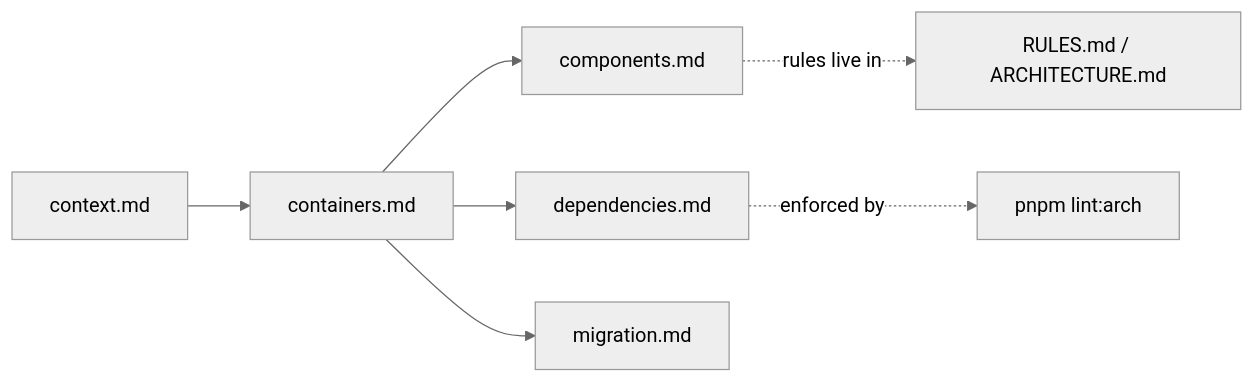
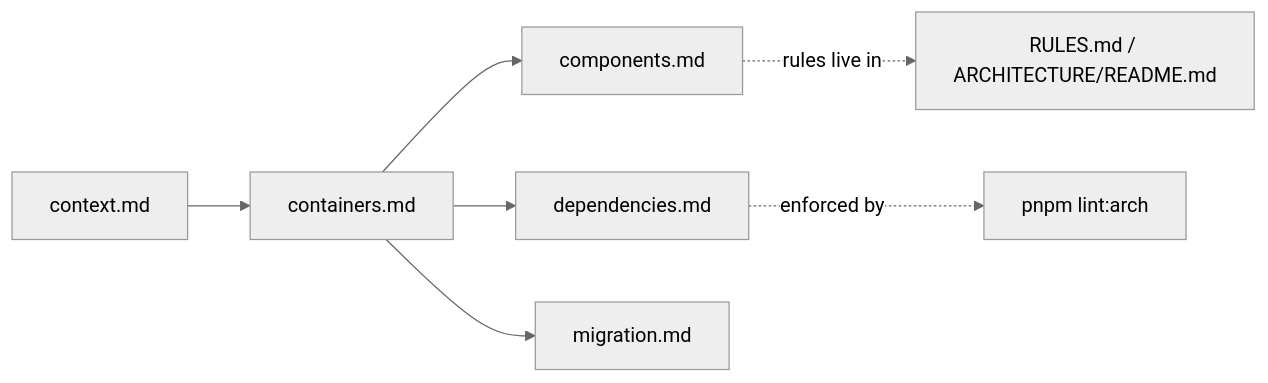
The diagram in docs/ARCHITECTURE/overview.md (STEMORG2026/LearningHub), drawn with Mermaid (neutral theme) before and after one commit. The commit also changed other lines of this file and 52 other files, not shown here.

First line of the commit message:
docs(governance): add ARCHITECTURE.toml metadata, health generator, and bundle/coverage machinery

````diff
--- a/docs/ARCHITECTURE/overview.md
+++ b/docs/ARCHITECTURE/overview.md
@@ -28,9 +29,9 @@
 ```mermaid
 flowchart LR
     CTX[context.md] --> CONT[containers.md]
     CONT --> COMP[components.md]
     CONT --> DEP[dependencies.md]
     CONT --> MIG[migration.md]
-    COMP -.->|rules live in| RULES[RULES.md / ARCHITECTURE.md]
+    COMP -.->|rules live in| RULES[RULES.md / ARCHITECTURE/README.md]
     DEP -.->|enforced by| LINT[pnpm lint:arch]
 ```
````
